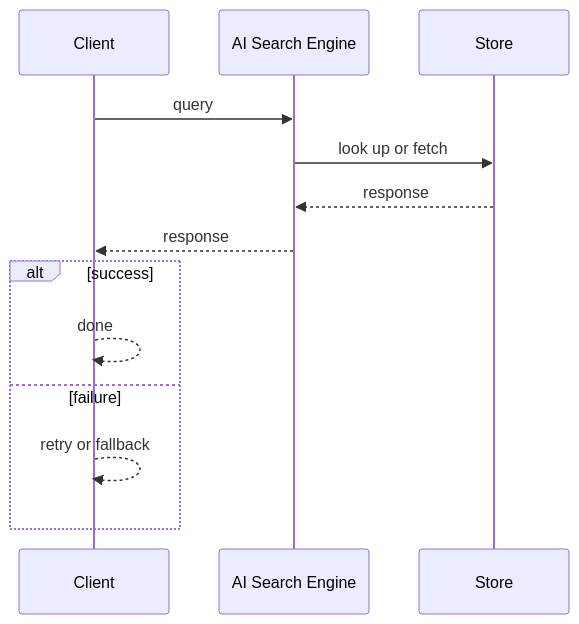
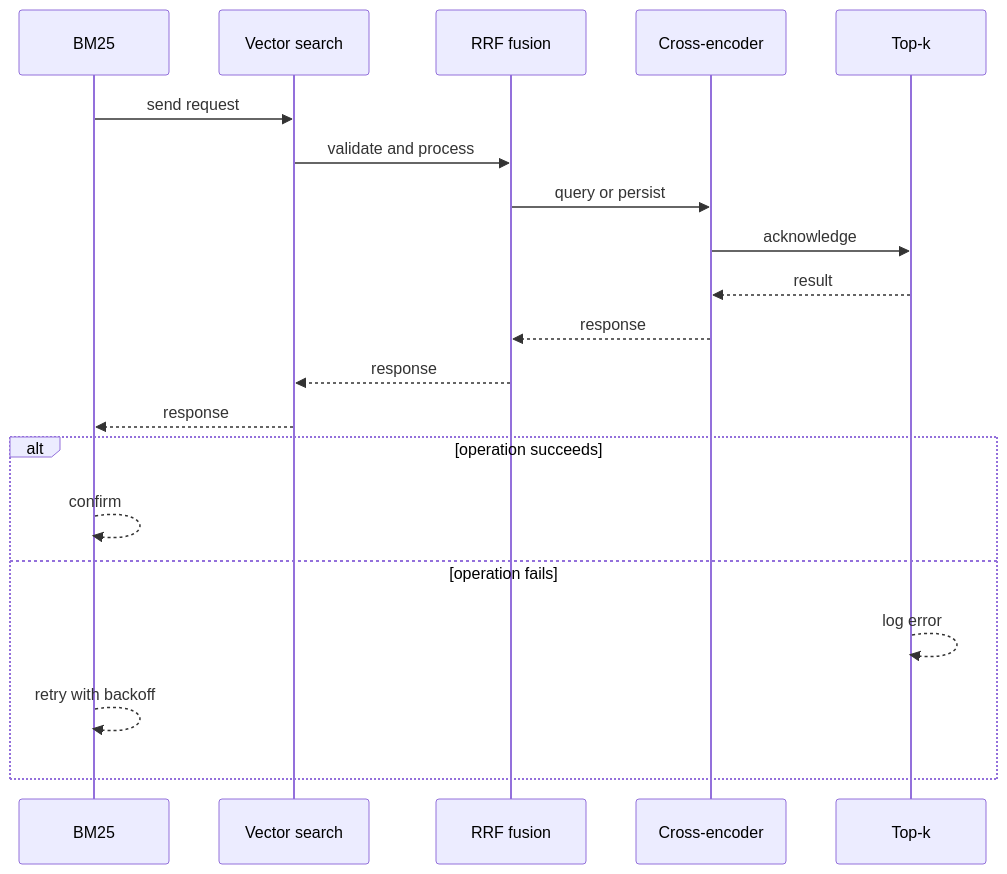
One commit to RIT-MESH/system-design-mastery changed the second of 4 diagrams in case-studies/ai-systems/ai-search-engine.md. Above: the diagram before and after it, drawn with Mermaid. The commit also changed other lines of this file and 64 other files, not shown here.

````diff
--- a/case-studies/ai-systems/ai-search-engine.md
+++ b/case-studies/ai-systems/ai-search-engine.md
@@ -79,16 +65,23 @@
 ```mermaid
 %% created-for: system-design-mastery
 sequenceDiagram
-  participant P0 as Client
-  participant P1 as AI Search Engine
-  participant P2 as Store
-  P0 ->> P1: query
-  P1 ->> P2: look up or fetch
-  P2 -->> P1: response
-  P1 -->> P0: response
-  alt success
-    P0 -->> P0: done
-  else failure
-    P0 -->> P0: retry or fallback
+  participant C0 as BM25
+  participant C1 as Vector search
+  participant C2 as RRF fusion
+  participant C3 as Cross-encoder
+  participant C4 as Top-k
+  C0 ->> C1: send request
+  C1 ->> C2: validate and process
+  C2 ->> C3: query or persist
+  C3 ->> C4: acknowledge
+  C4 -->> C3: result
+  C3 -->> C2: response
+  C2 -->> C1: response
+  C1 -->> C0: response
+  alt operation succeeds
+    C0 -->> C0: confirm
+  else operation fails
+    C4 -->> C4: log error
+    C0 -->> C0: retry with backoff
   end
 ```
````
